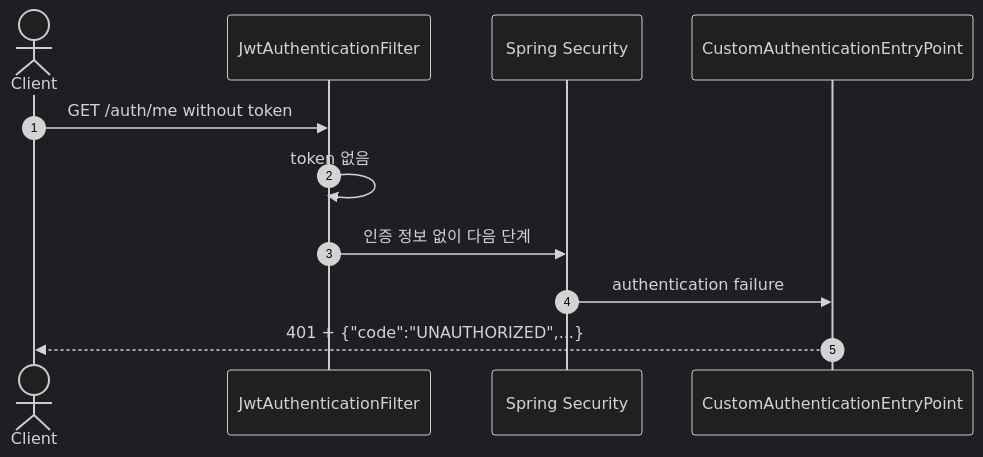
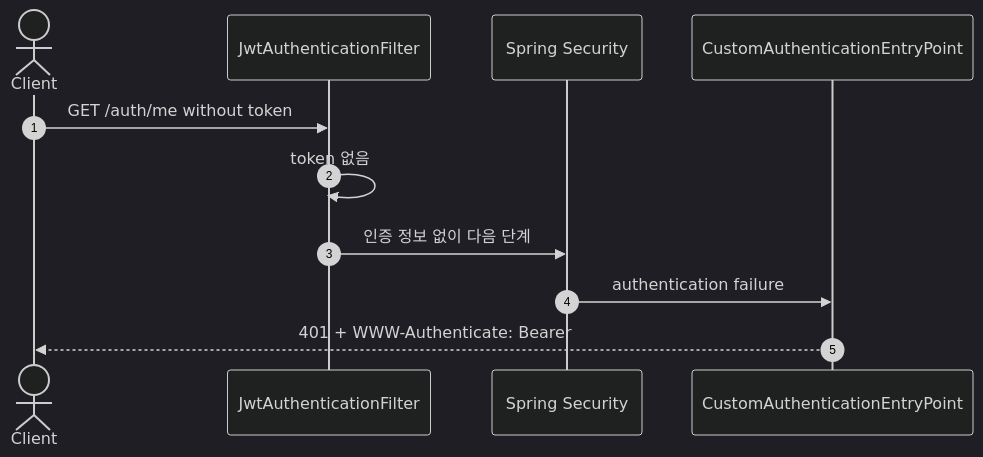
Before and after one commit to stdiodh/spring-boot-db-access-lab: the third of 5 diagrams in docs/theory.md, drawn with Mermaid (dark theme). The commit also changed other lines of this file and 29 other files, not shown here.

````diff
--- a/docs/theory.md
+++ b/docs/theory.md
@@ -87,14 +89,14 @@
 ```mermaid
 sequenceDiagram
     autonumber
     actor Client
     participant Filter as JwtAuthenticationFilter
     participant Security as Spring Security
     participant EntryPoint as CustomAuthenticationEntryPoint
 
     Client->>Filter: GET /auth/me without token
     Filter->>Filter: token 없음
     Filter->>Security: 인증 정보 없이 다음 단계
     Security->>EntryPoint: authentication failure
-    EntryPoint-->>Client: 401 + {"code":"UNAUTHORIZED",...}
+    EntryPoint-->>Client: 401 + WWW-Authenticate: Bearer
 ```
````
